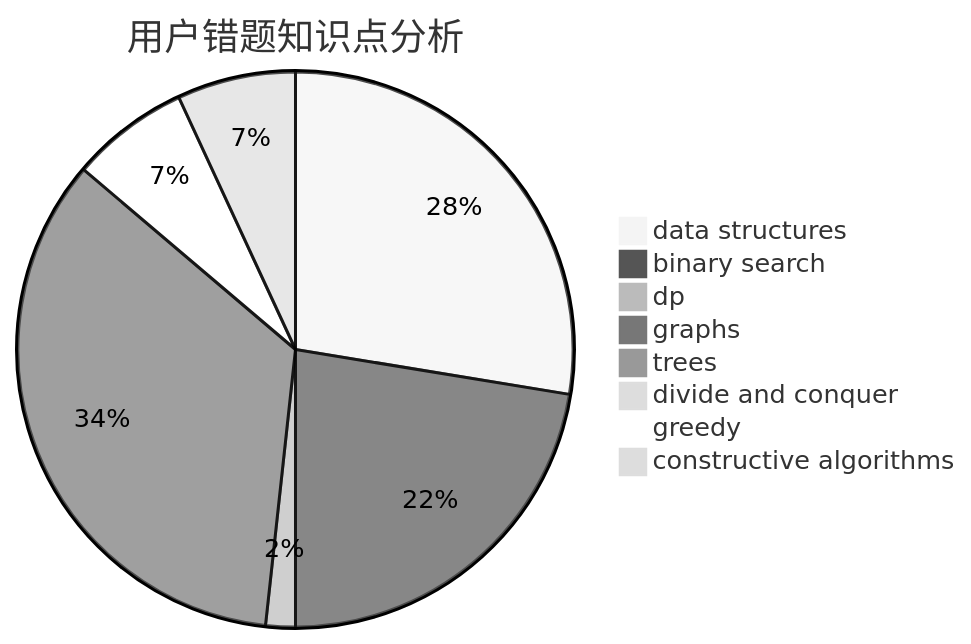
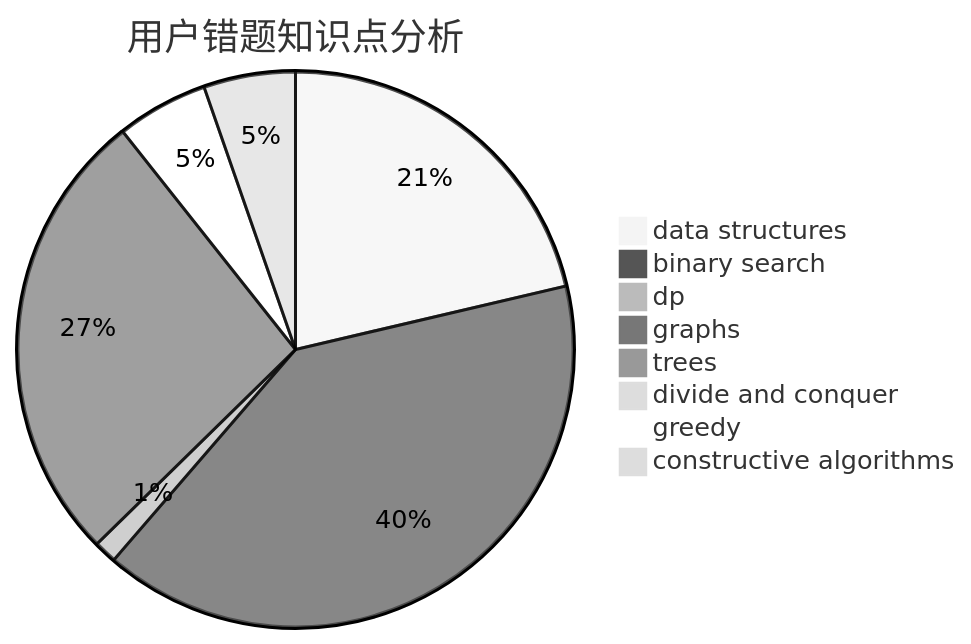
Before and after one commit to sherpahu/cfrs.github.io: the third of 3 diagrams in docs/user/u2499.md, drawn with Mermaid (neutral theme). The commit also changed other lines of this file and 2770 other files, not shown here.

````diff
--- a/docs/user/u2499.md
+++ b/docs/user/u2499.md
@@ -36,11 +36,11 @@
 ```mermaid
 pie title 用户错题知识点分析
     "data structures" :  16
-    "binary search" :  13
+    "binary search" :  30
     "dp" :  1
     "graphs" :  20
     "trees" :  0
     "divide and conquer" :  0
     "greedy" :  4
     "constructive algorithms" :  4
 ```
````
